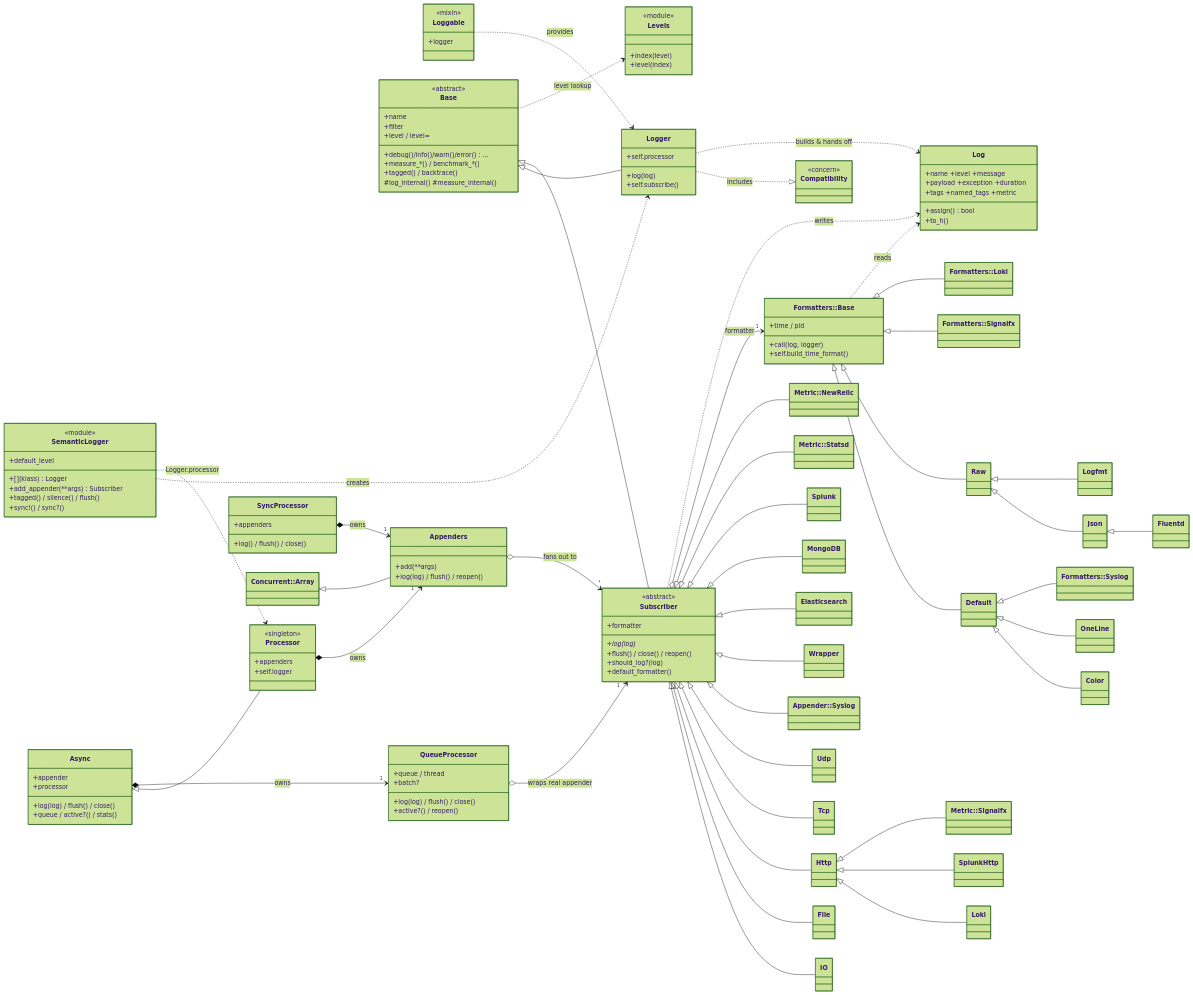
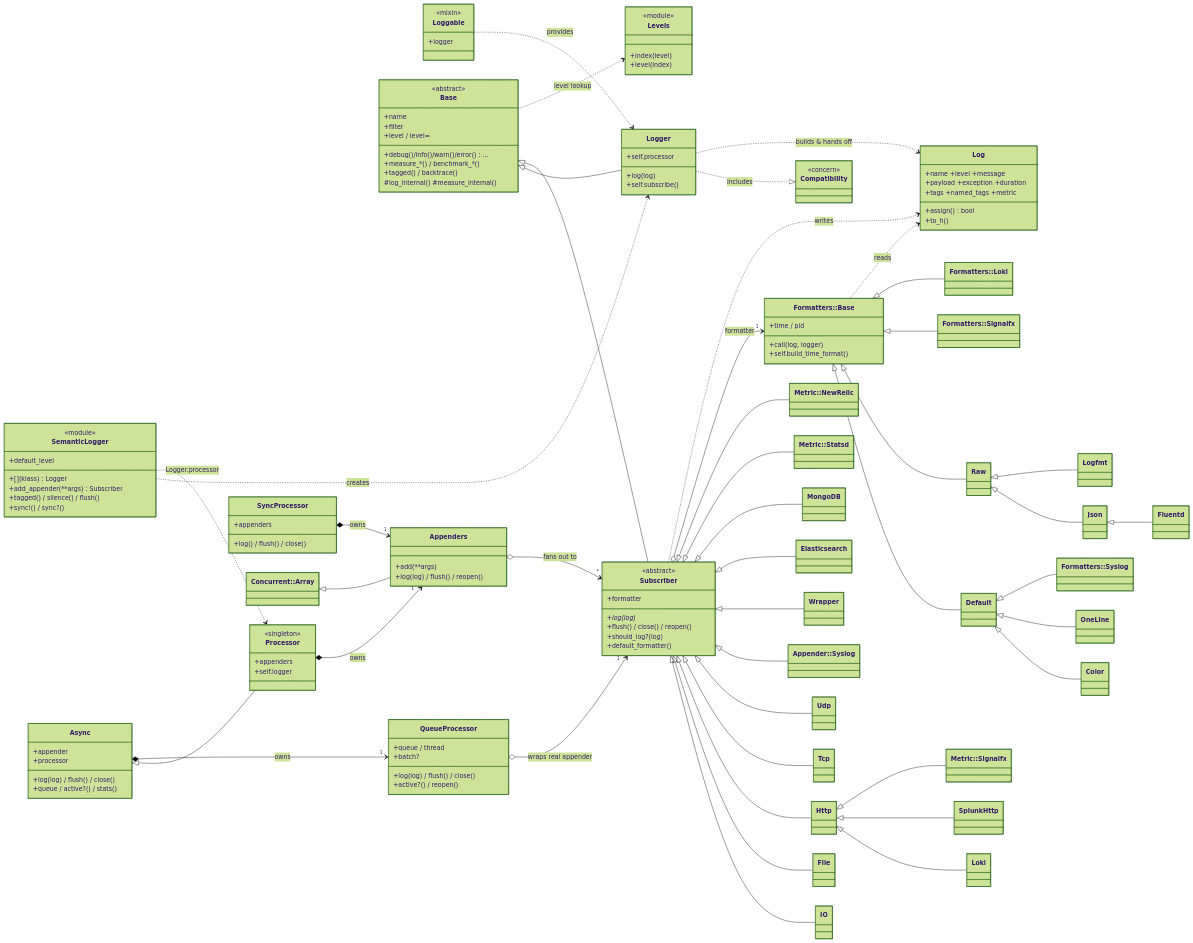
One commit to reidmorrison/semantic_logger changed the diagram in CONTRIBUTING.md. Above: the diagram before and after it, drawn with Mermaid (forest theme). The commit also changed 11 other files, not shown here.

```diff
--- a/CONTRIBUTING.md
+++ b/CONTRIBUTING.md
@@ -273,7 +273,6 @@
     class Wrapper
     class Elasticsearch
     class MongoDB
-    class Splunk
 
     Subscriber <|-- IO
     Subscriber <|-- File
@@ -284,7 +283,6 @@
     Subscriber <|-- Wrapper
     Subscriber <|-- Elasticsearch
     Subscriber <|-- MongoDB
-    Subscriber <|-- Splunk
     Http <|-- Loki
     Http <|-- SplunkHttp
 
```
